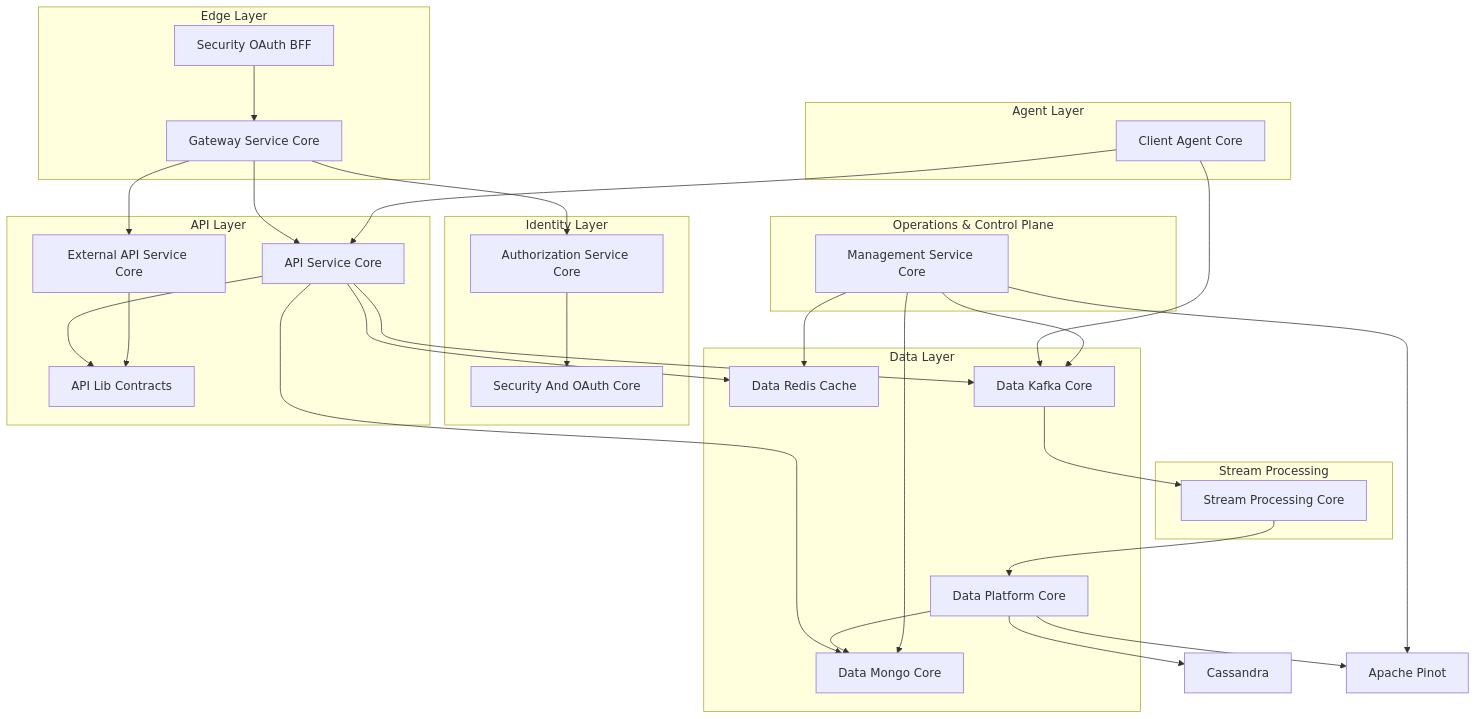
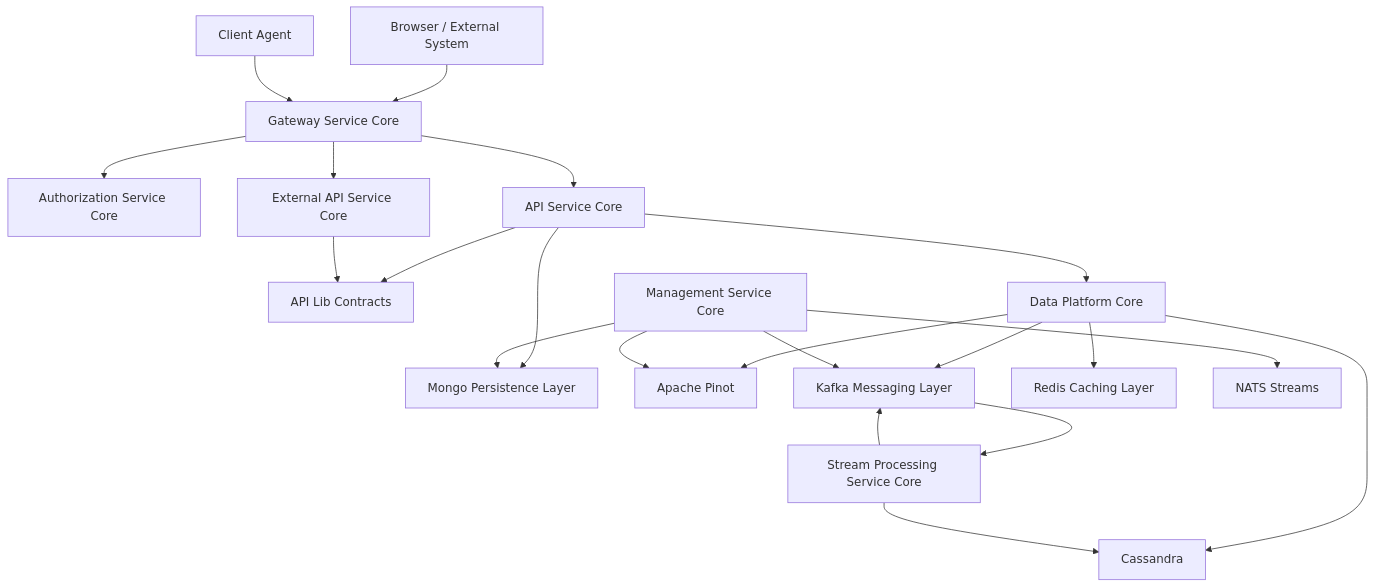
One commit to flamingo-stack/openframe-oss-lib changed the first of 6 diagrams in docs/reference/architecture/README.md. Above: the diagram before and after it, drawn with Mermaid. The commit also changed other lines of this file and 212 other files, not shown here.

````diff
--- a/docs/reference/architecture/README.md
+++ b/docs/reference/architecture/README.md
@@ -49,67 +26,29 @@
 ```mermaid
 flowchart TD
+    Client["Browser / External System"] --> Gateway["Gateway Service Core"]
+    Agent["Client Agent"] --> Gateway
 
-    subgraph Edge_Layer["Edge Layer"]
-        Gateway["Gateway Service Core"]
-        BFF["Security OAuth BFF"]
-    end
+    Gateway --> Auth["Authorization Service Core"]
+    Gateway --> Api["API Service Core"]
+    Gateway --> External["External API Service Core"]
 
-    subgraph Identity_Layer["Identity Layer"]
-        Auth["Authorization Service Core"]
-        SecurityCore["Security And OAuth Core"]
-    end
+    Api --> Contracts["API Lib Contracts"]
+    External --> Contracts
 
-    subgraph API_Layer["API Layer"]
-        ApiService["API Service Core"]
-        ExternalApi["External API Service Core"]
-        Contracts["API Lib Contracts"]
-    end
+    Api --> Mongo["Mongo Persistence Layer"]
+    Api --> DataCore["Data Platform Core"]
 
-    subgraph Agent_Layer["Agent Layer"]
-        ClientCore["Client Agent Core"]
-    end
+    DataCore --> Cassandra["Cassandra"]
+    DataCore --> Pinot["Apache Pinot"]
+    DataCore --> Kafka["Kafka Messaging Layer"]
+    DataCore --> Redis["Redis Caching Layer"]
 
-    subgraph Data_Layer["Data Layer"]
-        Mongo["Data Mongo Core"]
-        Redis["Data Redis Cache"]
-        Kafka["Data Kafka Core"]
-        PlatformData["Data Platform Core"]
-    end
+    Kafka --> Stream["Stream Processing Service Core"]
+    Stream --> Cassandra
+    Stream --> Kafka
 
-    subgraph Stream_Layer["Stream Processing"]
-        StreamCore["Stream Processing Core"]
-    end
-
-    subgraph Ops_Layer["Operations & Control Plane"]
-        Management["Management Service Core"]
-    end
-
-    BFF --> Gateway
-    Gateway --> ApiService
-    Gateway --> ExternalApi
-    Gateway --> Auth
-
-    Auth --> SecurityCore
-
-    ApiService --> Contracts
-    ExternalApi --> Contracts
-
-    ApiService --> Mongo
-    ApiService --> Redis
-    ApiService --> Kafka
-
-    ClientCore --> Kafka
-    ClientCore --> ApiService
-
-    Kafka --> StreamCore
-    StreamCore --> PlatformData
-
-    PlatformData --> Mongo
-    PlatformData --> Cassandra["Cassandra"]
-    PlatformData --> Pinot["Apache Pinot"]
-
-    Management --> Kafka
+    Management["Management Service Core"] --> Kafka
+    Management --> Pinot
     Management --> Mongo
-    Management --> Redis
-    Management --> Pinot
+    Management --> NATS["NATS Streams"]
 ```
````
